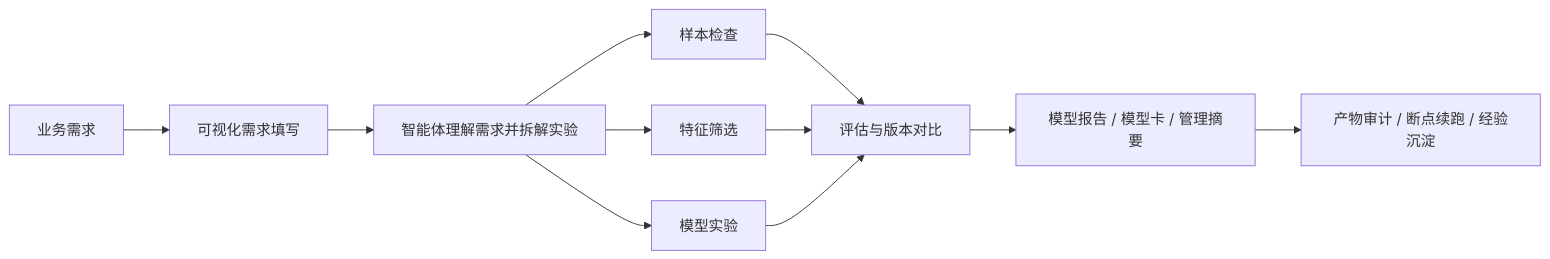
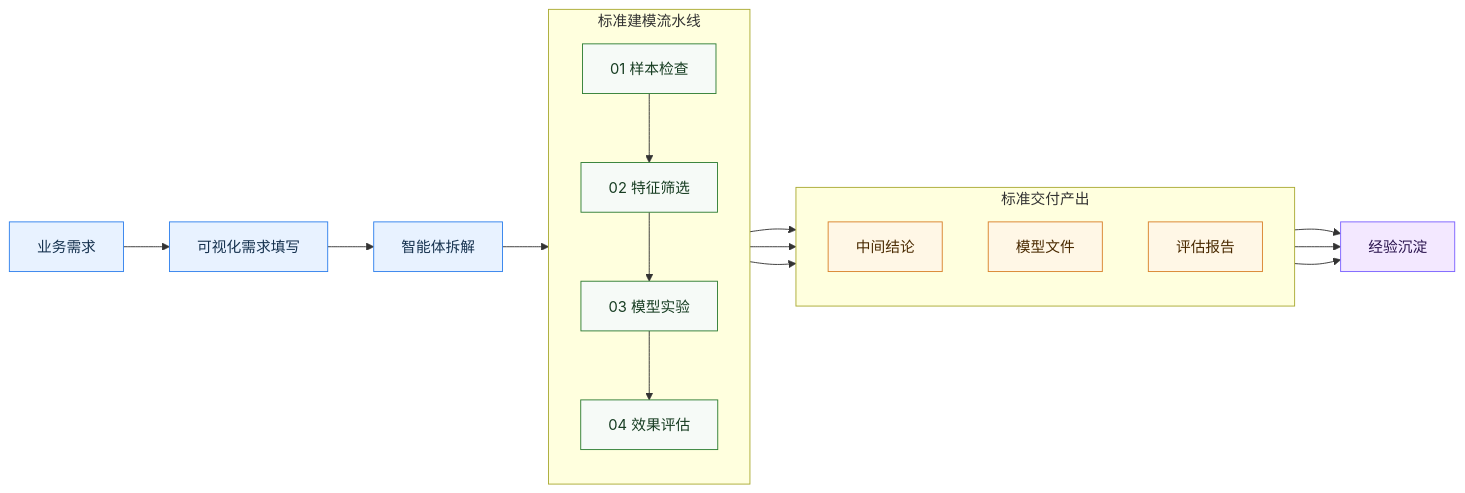
The diagram in projects/2026-05-fujie-gcard-v1/docs/0610早晨修改版-可发送包/项目功能介绍-0610早晨修改版.md (GZZZJ/jingying_model_agent), drawn with Mermaid before and after one commit. The commit also changed 12 other files, not shown here.

````diff
--- a/projects/2026-05-fujie-gcard-v1/docs/0610早晨修改版-可发送包/项目功能介绍-0610早晨修改版.md
+++ b/projects/2026-05-fujie-gcard-v1/docs/0610早晨修改版-可发送包/项目功能介绍-0610早晨修改版.md
@@ -17,13 +17,38 @@
 ```mermaid
 flowchart LR
   A["业务需求"] --> B["可视化需求填写"]
-  B --> C["智能体理解需求并拆解实验"]
-  C --> D["样本检查"]
-  C --> E["特征筛选"]
-  C --> F["模型实验"]
-  D --> G["评估与版本对比"]
-  E --> G
-  F --> G
-  G --> H["模型报告 / 模型卡 / 管理摘要"]
-  H --> I["产物审计 / 断点续跑 / 经验沉淀"]
+  B --> C["智能体拆解"]
+
+  C --> P1
+  subgraph P["标准建模流水线"]
+    direction TB
+    P1["01 样本检查"]
+    P2["02 特征筛选"]
+    P3["03 模型实验"]
+    P4["04 效果评估"]
+    P1 --> P2 --> P3 --> P4
+  end
+
+  P4 --> O1
+  P4 --> O2
+  P4 --> O3
+  subgraph O["标准交付产出"]
+    direction TB
+    O1["中间结论"]
+    O2["模型文件"]
+    O3["评估报告"]
+  end
+
+  O1 --> K["经验沉淀"]
+  O2 --> K
+  O3 --> K
+
+  classDef input fill:#E8F2FF,stroke:#2F80ED,color:#16324F,stroke-width:1px
+  classDef pipeline fill:#F6FAF7,stroke:#2E7D32,color:#173D22,stroke-width:1px
+  classDef output fill:#FFF7E6,stroke:#D9822B,color:#4A2A00,stroke-width:1px
+  classDef asset fill:#F3E8FF,stroke:#7B61FF,color:#28124D,stroke-width:1px
+  class A,B,C input
+  class P1,P2,P3,P4 pipeline
+  class O1,O2,O3 output
+  class K asset
 ```
````
